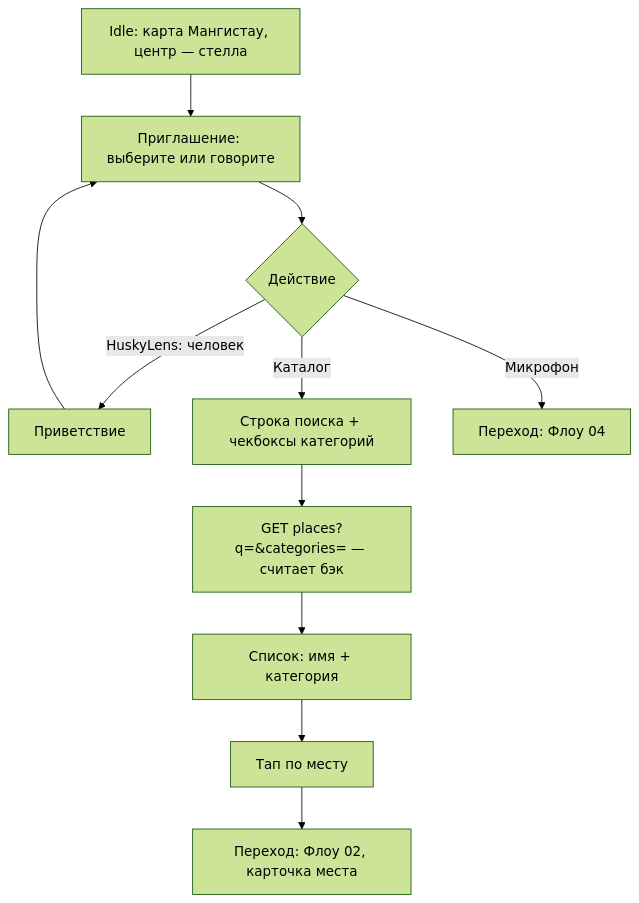
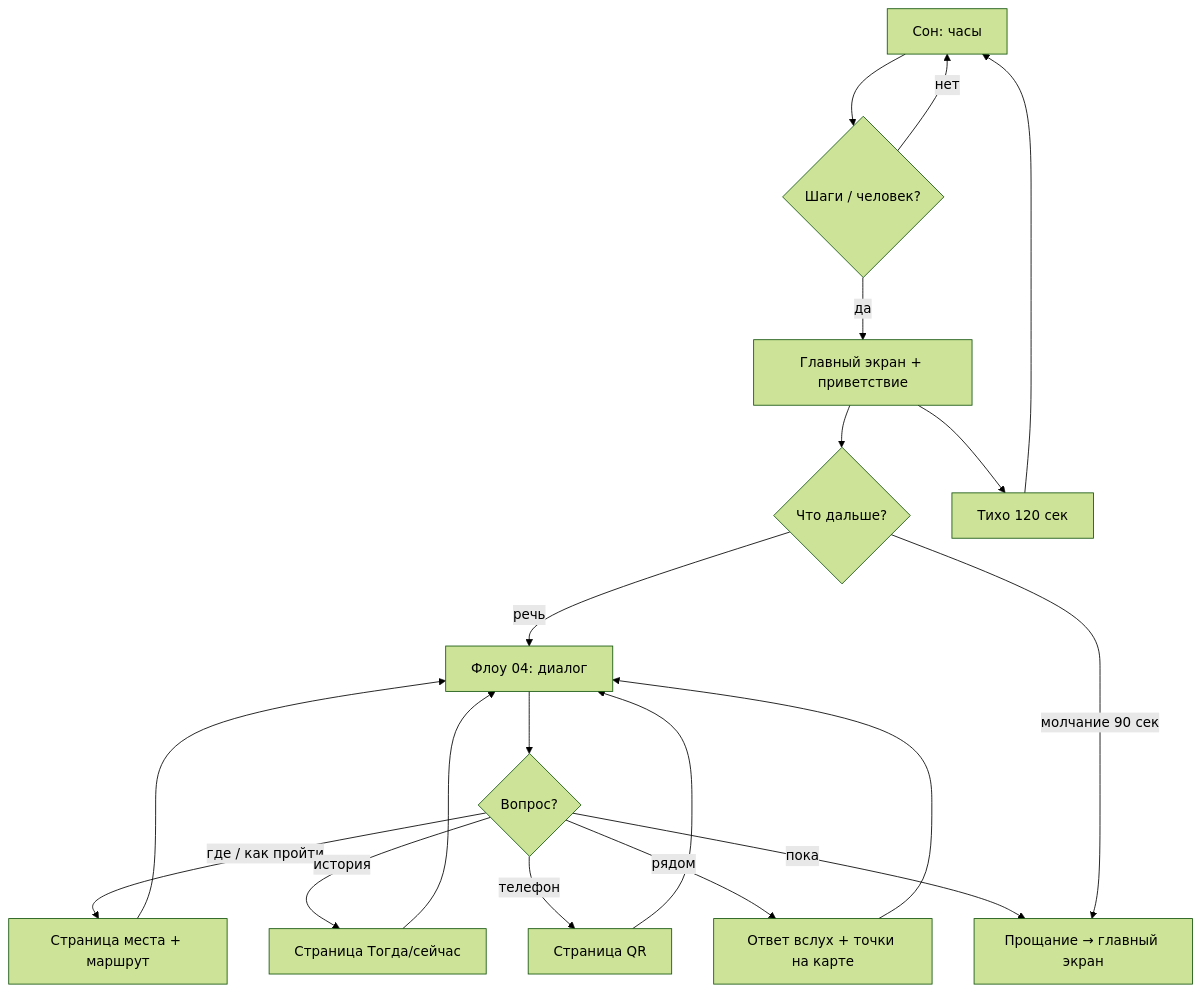
The diagram in docs/flows/01-map-catalog.md (Dyman17/Arch), drawn with Mermaid (forest theme) before and after one commit. The commit also changed other lines of this file and 10 other files, not shown here.

Commit message:
docs: voice-only concept, main flow with steps thresholds, precise backend contract

````diff
--- a/docs/flows/01-map-catalog.md
+++ b/docs/flows/01-map-catalog.md
@@ -15,13 +31,21 @@
 ```mermaid
 flowchart TD
-    A[Idle: карта Мангистау, центр — стелла] --> B[Приглашение: выберите или говорите]
-    B --> C{Действие}
-    C -- HuskyLens: человек --> D[Приветствие]
-    D --> B
-    C -- Каталог --> E[Строка поиска + чекбоксы категорий]
-    E --> F[GET places?q=&categories= — считает бэк]
-    F --> G[Список: имя + категория]
-    G --> H[Тап по месту]
-    H --> I[Переход: Флоу 02, карточка места]
-    C -- Микрофон --> J[Переход: Флоу 04]
+    A[Сон: часы] --> B{Шаги / человек?}
+    B -- нет --> A
+    B -- да --> C[Главный экран + приветствие]
+    C --> D{Что дальше?}
+    D -- речь --> E[Флоу 04: диалог]
+    E --> F{Вопрос?}
+    F -- где / как пройти --> G[Страница места + маршрут]
+    F -- история --> H[Страница Тогда/сейчас]
+    F -- телефон --> I[Страница QR]
+    F -- рядом --> J[Ответ вслух + точки на карте]
+    F -- пока --> K[Прощание → главный экран]
+    G --> E
+    H --> E
+    I --> E
+    J --> E
+    D -- молчание 90 сек --> K
+    C --> L[Тихо 120 сек]
+    L --> A
 ```
````
